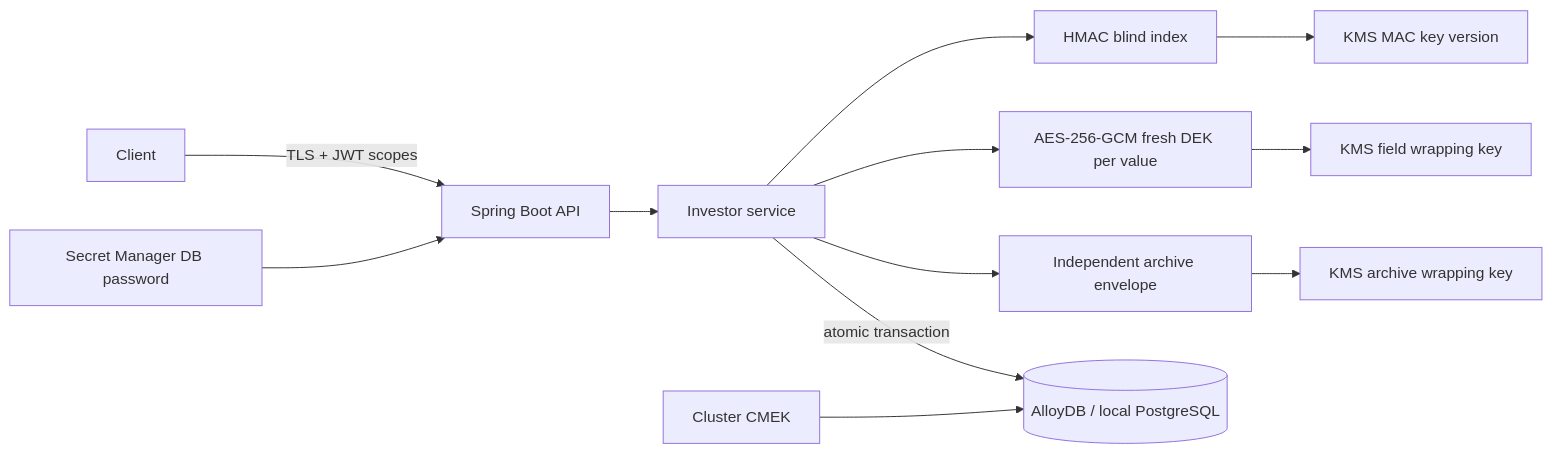
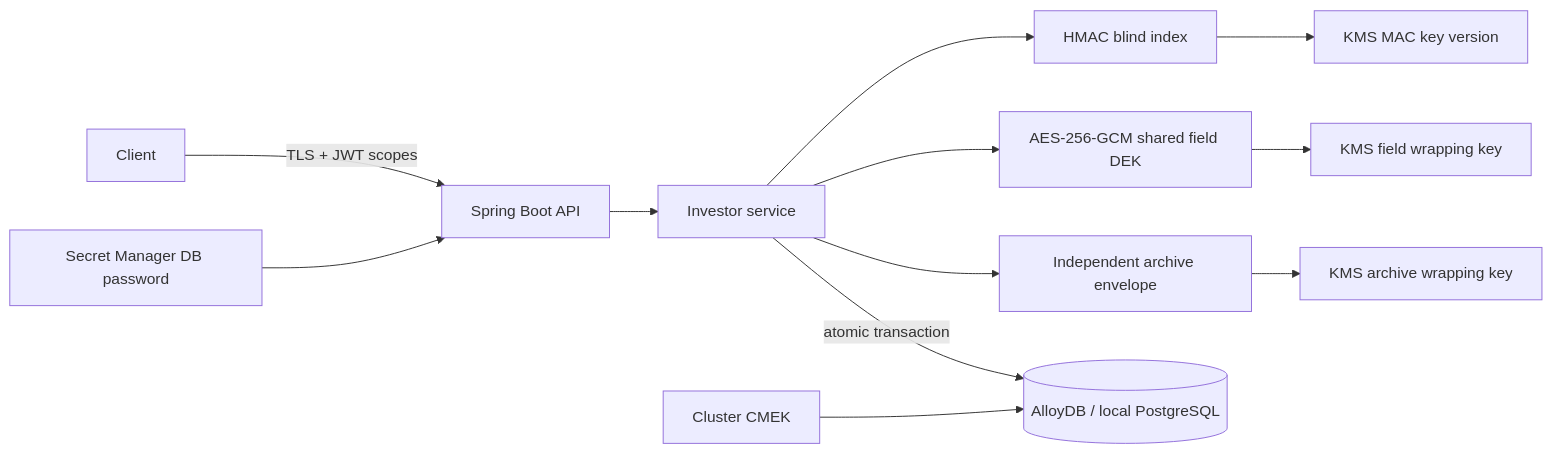
One commit to rmohaan/secure-pii-vault changed the diagram in docs/design.md. Above: the diagram before and after it, drawn with Mermaid. The commit also changed other lines of this file and 12 other files, not shown here.

Commit message:
updated approach to have shared DEK

````diff
--- a/docs/design.md
+++ b/docs/design.md
@@ -5,14 +5,14 @@
 ```mermaid
 flowchart LR
   Client -->|TLS + JWT scopes| API[Spring Boot API]
   API --> Service[Investor service]
   Service --> Index[HMAC blind index]
   Index --> MAC[KMS MAC key version]
-  Service --> AEAD[AES-256-GCM fresh DEK per value]
+  Service --> AEAD[AES-256-GCM shared field DEK]
   AEAD --> Field[KMS field wrapping key]
   Service --> Archive[Independent archive envelope]
   Archive --> ArchiveKey[KMS archive wrapping key]
   Service -->|atomic transaction| DB[(AlloyDB / local PostgreSQL)]
   SM[Secret Manager DB password] --> API
   CMEK[Cluster CMEK] --> DB
 ```
````
